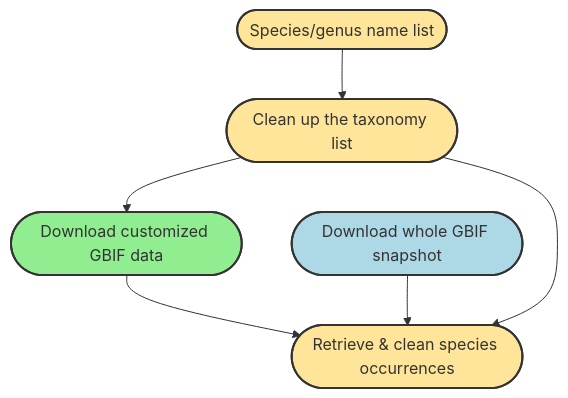
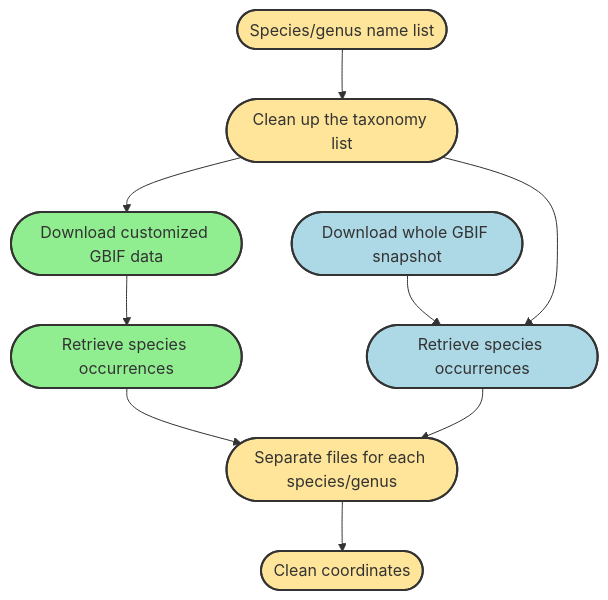
Before and after one commit to Jializ98/GBIF-workflow: the diagram in README.md, drawn with Mermaid.

Commit message:
Update workflow graph

````diff
--- a/README.md
+++ b/README.md
@@ -5,17 +5,21 @@
 ```mermaid
 flowchart TD
     A([Species/genus name list]):::general --> B([Clean up the taxonomy list]):::general
-    C([Download customized GBIF data]):::method1 --> D([Retrieve & clean species occurrences]):::general
+    C([Download customized GBIF data]):::method1 --> D([Retrieve species occurrences]):::method1
     B --> C
     
-    E([Download whole GBIF snapshot]):::method2 --> D
-    B --> D
+    E([Download whole GBIF snapshot]):::method2 --> F([Retrieve species occurrences]):::method2
+    B --> F
+    G([Separate files for each species/genus]):::general --> H([Clean coordinates]):::general
+    D --> G
+    F --> G
+
 
     classDef general fill:#ffe599,stroke:#333,stroke-width:2px;
     classDef method1 fill:#90ee90,stroke:#333,stroke-width:2px;
     classDef method2 fill:#ADD8E6,stroke:#333,stroke-width:2px;
 
-    class A,B,D general;
-    class C method1;
-    class E method2;
+    class A,B,G,H general;
+    class C,D method1;
+    class E,F method2;
 ```
````
